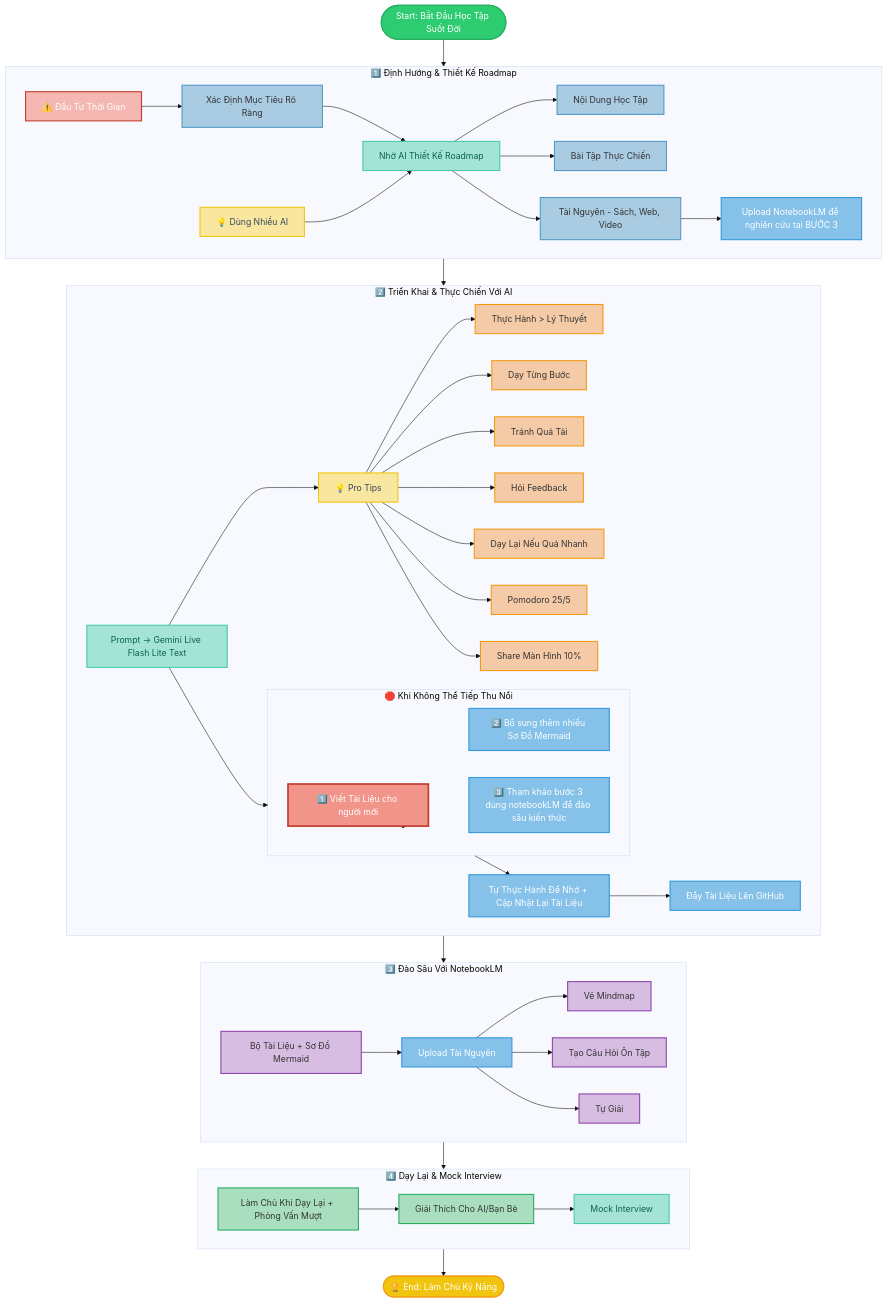
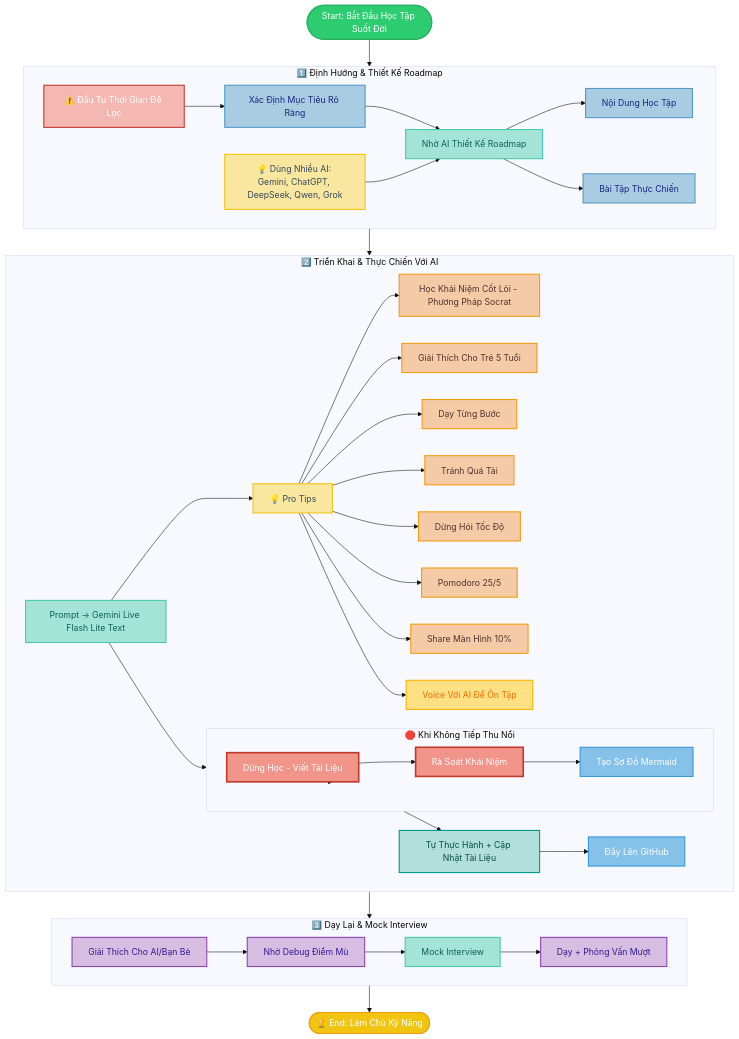
The first of 9 diagrams in README.md (khanhnk-phuctho/lifelong-learning), drawn with Mermaid (base theme) before and after one commit. The commit also changed other lines of this file, not shown here.

````diff
--- a/README.md
+++ b/README.md
@@ -58,97 +58,73 @@
     %% --- ĐỊNH NGHĨA PHONG CÁCH (STYLE DEFINITIONS) ---
     classDef startStyle fill:#2ecc71,color:#fff,stroke:#27ae60,stroke-width:2px;
     classDef endStyle fill:#f1c40f,color:#fff,stroke:#f39c12,stroke-width:2px;
-    
+   
     %% Màu cho từng bước
-    classDef step1_node fill:#a9cce3,stroke:#5499c7,stroke-width:2px;
-    classDef step2_node fill:#f5cba7,stroke:#f39c12,stroke-width:2px;
-    classDef step3_node fill:#d7bde2,stroke:#8e44ad,stroke-width:2px;
-    classDef step4_node fill:#a9dfbf,stroke:#27ae60,stroke-width:2px;
-
+    classDef step1_node fill:#a9cce3,stroke:#5499c7,stroke-width:2px,color:#1a237e;
+    classDef step2_node fill:#f5cba7,stroke:#f39c12,stroke-width:2px,color:#4e342e;
+    classDef step3_node fill:#d7bde2,stroke:#8e44ad,stroke-width:2px,color:#311b92;
     %% Màu cho các node đặc biệt
     classDef proTip fill:#f9e79f,stroke:#f1c40f,stroke-width:2px,color:#34495e;
     classDef warning fill:#f5b7b1,stroke:#c0392b,stroke-width:2px,color:#fff;
     classDef aiNode fill:#a3e4d7,stroke:#48c9b0,stroke-width:2px,color:#0e6251;
     classDef actionNode fill:#85c1e9,stroke:#3498db,stroke-width:2px,color:#fff;
     classDef criticalNode fill:#f1948a,stroke:#c0392b,stroke-width:3px,color:#fff;
-
+    classDef voiceNode fill:#ffe082,stroke:#ffb300,stroke-width:2px,color:#ef6c00;
+    classDef practiceNode fill:#b2dfdb,stroke:#009688,stroke-width:2px,color:#004d40;
     %% --- SƠ ĐỒ CHÍNH (MAIN FLOW) ---
     Start([Start: Bắt Đầu Học Tập Suốt Đời]):::startStyle
     End([🏆 End: Làm Chủ Kỹ Năng]):::endStyle
-
     Start --> Step1
     Step1 --> Step2
     Step2 --> Step3
-    Step3 --> Step4
-    Step4 --> End
-
+    Step3 --> End
     %% --- BƯỚC 1 ---
     subgraph Step1 [1️⃣ Định Hướng & Thiết Kế Roadmap]
         Goal[Xác Định Mục Tiêu Rõ Ràng]:::step1_node
         AI_Design[Nhờ AI Thiết Kế Roadmap]:::aiNode
         Content[Nội Dung Học Tập]:::step1_node
         Exercises[Bài Tập Thực Chiến]:::step1_node
-        Resources[Tài Nguyên - Sách, Web, Video]:::step1_node
-        Upload_Notebook[Upload NotebookLM để nghiên cứu tại BƯỚC 3]:::actionNode
-        ProTip1[💡 Dùng Nhiều AI]:::proTip
-        Warning[⚠️ Đầu Tư Thời Gian]:::warning
-        
+        ProTip1[💡 Dùng Nhiều AI: Gemini, ChatGPT, DeepSeek, Qwen, Grok]:::proTip
+        Warning[⚠️ Đầu Tư Thời Gian Để Lọc]:::warning
+       
         Goal --> AI_Design
-        AI_Design --> Content & Exercises & Resources
-        Resources --> Upload_Notebook
+        AI_Design --> Content & Exercises
         ProTip1 --> AI_Design
         Warning --> Goal
     end
-
     %% --- BƯỚC 2 ---
     subgraph Step2 [2️⃣ Triển Khai & Thực Chiến Với AI]
         Prompt[Prompt → Gemini Live Flash Lite Text]:::aiNode
         ProTips[💡 Pro Tips]:::proTip
-        PracticeFocus[Thực Hành > Lý Thuyết]:::step2_node
+        CoreConcepts[Học Khái Niệm Cốt Lõi - Phương Pháp Socrat]:::step2_node
+        ExplainChild[Giải Thích Cho Trẻ 5 Tuổi]:::step2_node
         StepByStep[Dạy Từng Bước]:::step2_node
         NoOverload[Tránh Quá Tải]:::step2_node
-        AskFeedback[Hỏi Feedback]:::step2_node
-        SlowDown[Dạy Lại Nếu Quá Nhanh]:::step2_node
+        AskFeedback[Dừng Hỏi Tốc Độ]:::step2_node
         Pomodoro[Pomodoro 25/5]:::step2_node
         ShareScreen[Share Màn Hình 10%]:::step2_node
-        
-        subgraph OverloadBlock [🛑 Khi Không Thể Tiếp Thu Nổi]
-            StopAndWrite[1️⃣ Viết Tài Liệu cho người mới]:::criticalNode
-            MermaidDiagram[2️⃣ Bổ sung thêm nhiều Sơ Đồ Mermaid]:::actionNode
-            DeepDive[3️⃣ Tham khảo bước 3 dùng notebookLM để đào sâu kiến thức]:::actionNode
+        Voice[Voice Với AI Để Ôn Tập]:::voiceNode
+       
+        subgraph OverloadBlock [🛑 Khi Không Tiếp Thu Nổi]
+            StopAndWrite[Dừng Học - Viết Tài Liệu]:::criticalNode
+            ReviewConcepts[Rà Soát Khái Niệm]:::criticalNode
+            MermaidDiagram[Tạo Sơ Đồ Mermaid]:::actionNode
         end
-
-        SelfPractice[Tự Thực Hành Để Nhớ + Cập Nhật Lại Tài Liệu]:::actionNode
-        PushGit[Đẩy Tài Liệu Lên GitHub]:::actionNode
-
+        SelfPractice[Tự Thực Hành + Cập Nhật Tài Liệu]:::practiceNode
+        PushGit[Đẩy Lên GitHub]:::actionNode
         Prompt --> ProTips
-        ProTips --> PracticeFocus & StepByStep & NoOverload & AskFeedback & SlowDown & Pomodoro & ShareScreen
+        ProTips --> CoreConcepts & ExplainChild & StepByStep & NoOverload & AskFeedback & Pomodoro & ShareScreen & Voice
         Prompt --> OverloadBlock
-        OverloadBlock --> StopAndWrite
-        OverloadBlock --> MermaidDiagram
-        OverloadBlock --> DeepDive
+        OverloadBlock --> StopAndWrite --> ReviewConcepts --> MermaidDiagram
         OverloadBlock --> SelfPractice --> PushGit
     end
-
     %% --- BƯỚC 3 ---
-    subgraph Step3 [3️⃣ Đào Sâu Với NotebookLM]
-        Upload[Upload Tài Nguyên]:::actionNode
-        Mindmap[Vẽ Mindmap]:::step3_node
-        Quiz[Tạo Câu Hỏi Ôn Tập]:::step3_node
-        SelfSolve[Tự Giải]:::step3_node
-        Result[Bộ Tài Liệu + Sơ Đồ Mermaid]:::step3_node
-        
-        Result --> Upload
-        Upload --> Mindmap & Quiz & SelfSolve
-    end
-
-    %% --- BƯỚC 4 ---
-    subgraph Step4 [4️⃣ Dạy Lại & Mock Interview]
-        Explain[Giải Thích Cho AI/Bạn Bè]:::step4_node
+    subgraph Step3 [3️⃣ Dạy Lại & Mock Interview]
+        Explain[Giải Thích Cho AI/Bạn Bè]:::step3_node
+        Debug[Nhờ Debug Điểm Mù]:::step3_node
         Mock[Mock Interview]:::aiNode
-        Mastery[Làm Chủ Khi Dạy Lại + Phỏng Vấn Mượt]:::step4_node
-        
-        Explain --> Mock
-        Mastery --> Explain
+        Mastery[Dạy + Phỏng Vấn Mượt]:::step3_node
+       
+        Explain --> Debug --> Mock --> Mastery
     end
 ```
````
